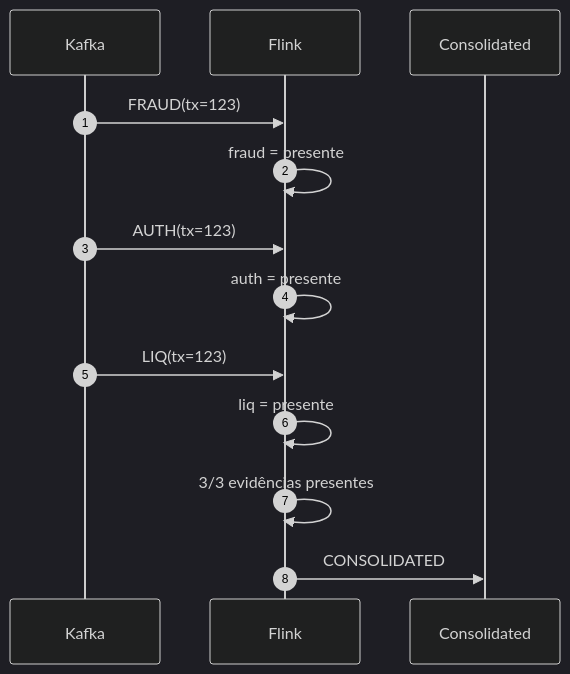
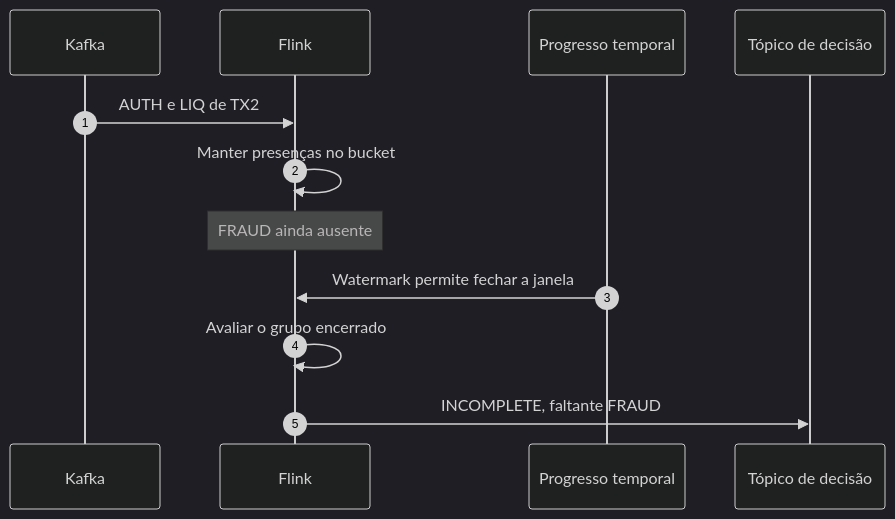
Before and after one commit to murilohenzo/kafka-flink-lab: the fifth of 8 diagrams in README.md, drawn with Mermaid (dark theme). The commit also changed other lines of this file and 7 other files, not shown here.

````diff
--- a/README.md
+++ b/README.md
@@ -668,20 +1689,14 @@
 ```mermaid
 sequenceDiagram
     autonumber
-
-    participant Kafka
-    participant Flink
-    participant OUT as Consolidated
-
-    Kafka->>Flink: FRAUD(tx=123)
-    Flink->>Flink: fraud = presente
-
-    Kafka->>Flink: AUTH(tx=123)
-    Flink->>Flink: auth = presente
-
-    Kafka->>Flink: LIQ(tx=123)
-    Flink->>Flink: liq = presente
-
-    Flink->>Flink: 3/3 evidências presentes
-    Flink->>OUT: CONSOLIDATED
+    participant K as Kafka
+    participant F as Flink
+    participant W as Progresso temporal
+    participant O as Tópico de decisão
+    K->>F: AUTH e LIQ de TX2
+    F->>F: Manter presenças no bucket
+    Note over F: FRAUD ainda ausente
+    W->>F: Watermark permite fechar a janela
+    F->>F: Avaliar o grupo encerrado
+    F->>O: INCOMPLETE, faltante FRAUD
 ```
````
